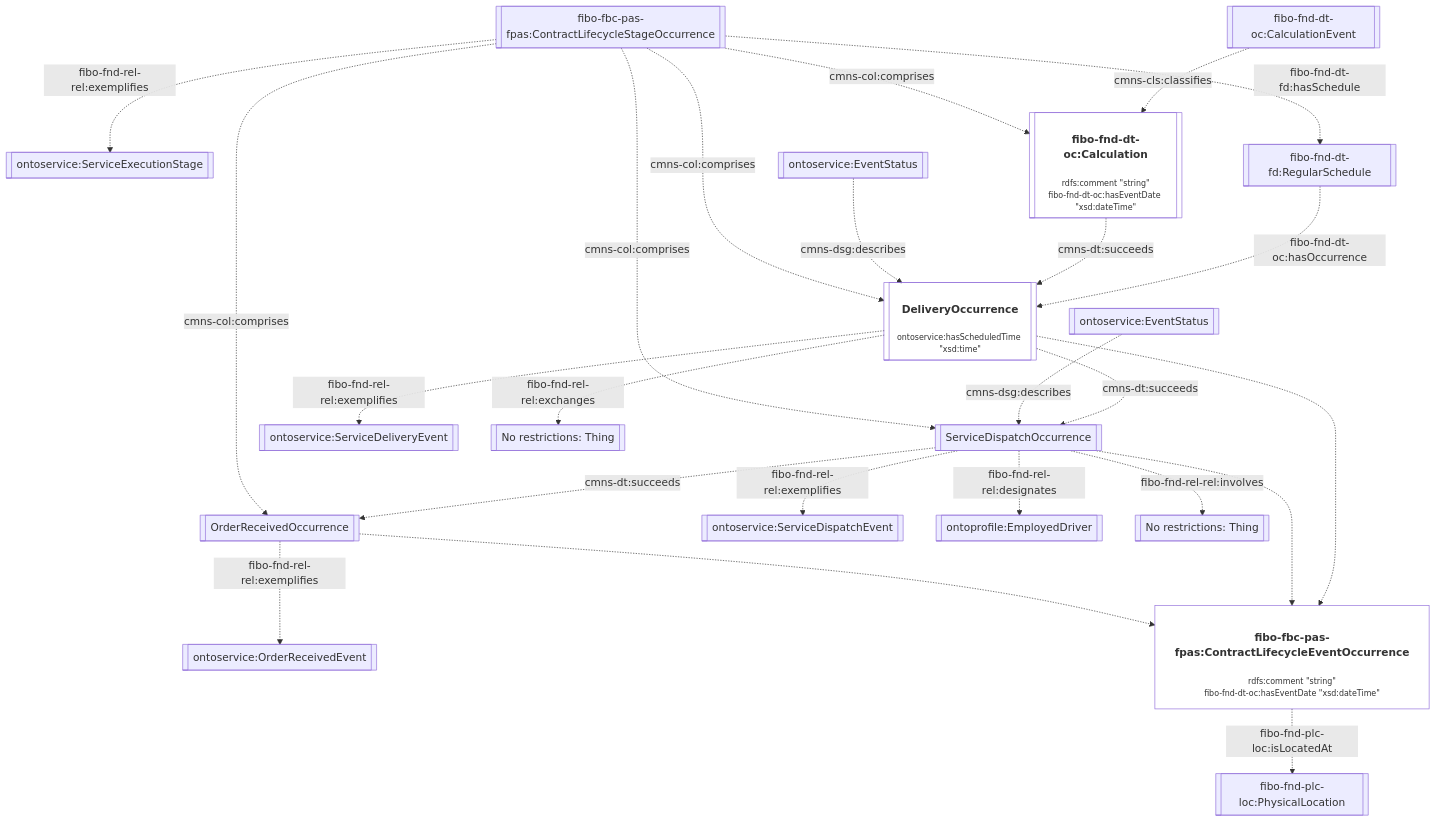
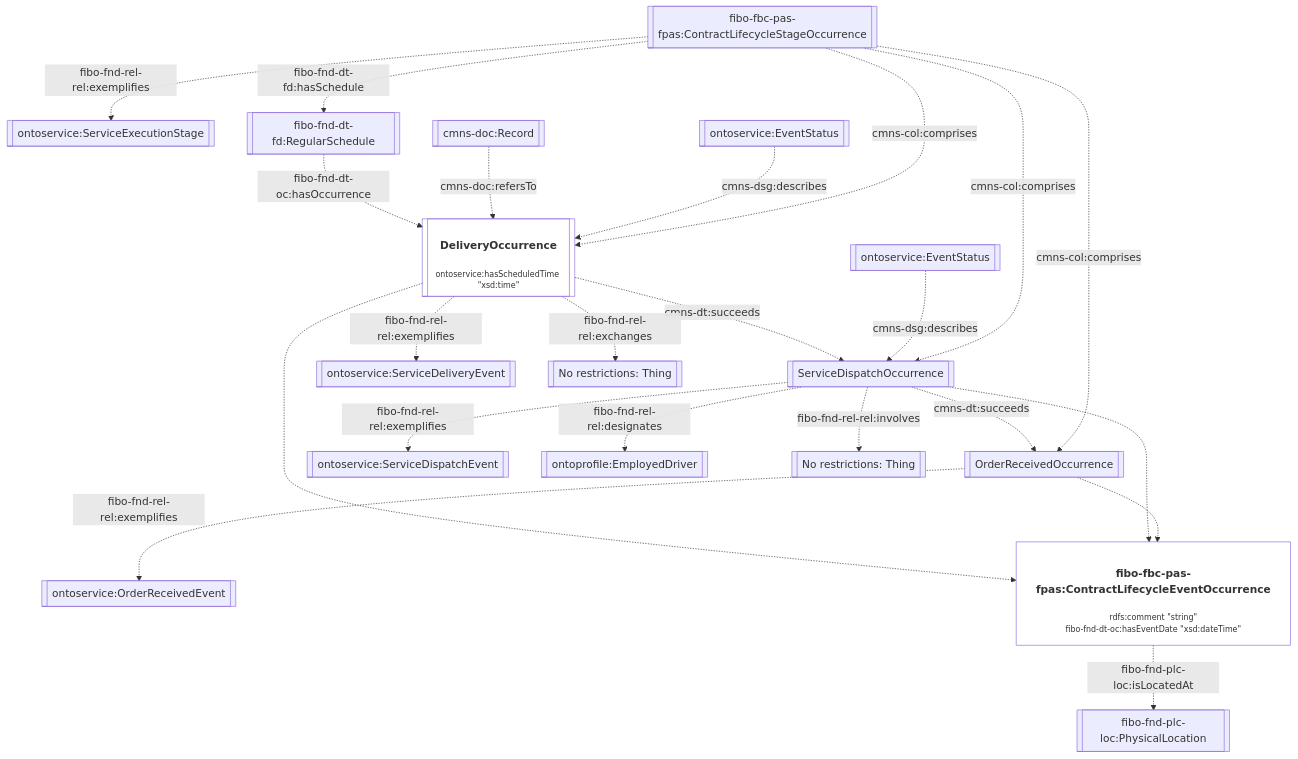
Diagram 12 of 17 in ontology/ontoservice/README.md (TheWorldAvatar/ontology), drawn with Mermaid before and after one commit. The commit also changed other lines of this file and 1 other file, not shown here.

Commit message:
qhouyee/31/ontoservice-invoicing-extension: add service accrual event in service execution stage; update documentation

````diff
--- a/ontology/ontoservice/README.md
+++ b/ontology/ontoservice/README.md
@@ -420,37 +426,35 @@
 ```mermaid
 flowchart TD
     %% Styling
     classDef literal fill:none
     classDef node overflow-wrap:break-word,text-wrap:pretty
     linkStyle default overflow-wrap:break-word,text-wrap:pretty;
 
     %% Contents
     StageOccurrence[[fibo-fbc-pas-fpas:ContractLifecycleStageOccurrence]] -. fibo-fnd-rel-rel:exemplifies .-> ServiceExecutionStage[[ontoservice:ServiceExecutionStage]]
 
     StageOccurrence -. cmns-col:comprises .-> OrderReceivedOccurrence[[OrderReceivedOccurrence]]
     OrderReceivedOccurrence -. fibo-fnd-rel-rel:exemplifies .-> OrderReceivedEvent[[ontoservice:OrderReceivedEvent]]
     OrderReceivedOccurrence -.-> EventOccurrence["<h4>fibo-fbc-pas-fpas:ContractLifecycleEventOccurrence</h4><p style='font-size:0.75rem;'>rdfs:comment &quot;string&quot;<br>fibo-fnd-dt-oc:hasEventDate &quot;xsd:dateTime&quot;</p>"]:::literal
 
     StageOccurrence -. cmns-col:comprises .-> DispatchOccurrence[[ServiceDispatchOccurrence]]
     DispatchOccurrence -. fibo-fnd-rel-rel:exemplifies .-> ServiceDispatchEvent[[ontoservice:ServiceDispatchEvent]]
     DispatchOccurrence -.-> EventOccurrence
     DispatchOccurrence -. cmns-dt:succeeds .-> OrderReceivedOccurrence
     DispatchEventStatus[[ontoservice:EventStatus]] -. cmns-dsg:describes .-> DispatchOccurrence
 
     StageOccurrence -. cmns-col:comprises .-> DeliveryOccurrence[["<h4>DeliveryOccurrence</h4><p style='font-size:0.75rem;'>ontoservice:hasScheduledTime &quot;xsd:time&quot;</p>"]]:::literal
     DeliveryOccurrence -. fibo-fnd-rel-rel:exemplifies .-> ServiceDeliveryEvent[[ontoservice:ServiceDeliveryEvent]]
     DeliveryOccurrence -.-> EventOccurrence
     DeliveryOccurrence -. cmns-dt:succeeds .-> DispatchOccurrence
     DeliveryEventStatus[[ontoservice:EventStatus]] -. cmns-dsg:describes .-> DeliveryOccurrence
 
-    StageOccurrence -. cmns-col:comprises .-> Calculation[["<h4>fibo-fnd-dt-oc:Calculation</h4><p style='font-size:0.75rem;'>rdfs:comment &quot;string&quot;<br>fibo-fnd-dt-oc:hasEventDate &quot;xsd:dateTime&quot;</p>"]]:::literal
-    CalculationEvent[[fibo-fnd-dt-oc:CalculationEvent]] -. cmns-cls:classifies .-> Calculation
-    Calculation -. cmns-dt:succeeds .-> DeliveryOccurrence
+    Record[[cmns-doc:Record]] -. cmns-doc:refersTo .-> DeliveryOccurrence
 
     StageOccurrence -. fibo-fnd-dt-fd:hasSchedule .-> Schedule[[fibo-fnd-dt-fd:RegularSchedule]]
     Schedule -. fibo-fnd-dt-oc:hasOccurrence .-> DeliveryOccurrence
     DispatchOccurrence -. fibo-fnd-rel-rel:designates .-> Driver[[ontoprofile:EmployedDriver]]
     DispatchOccurrence -. fibo-fnd-rel-rel:involves .-> AssignableThing[[No restrictions: Thing]]
     DeliveryOccurrence -. fibo-fnd-rel-rel:exchanges .->  ExchangeableThing[[No restrictions: Thing]]
     EventOccurrence -. fibo-fnd-plc-loc:isLocatedAt .-> Location[[fibo-fnd-plc-loc:PhysicalLocation]]
 ```
````
